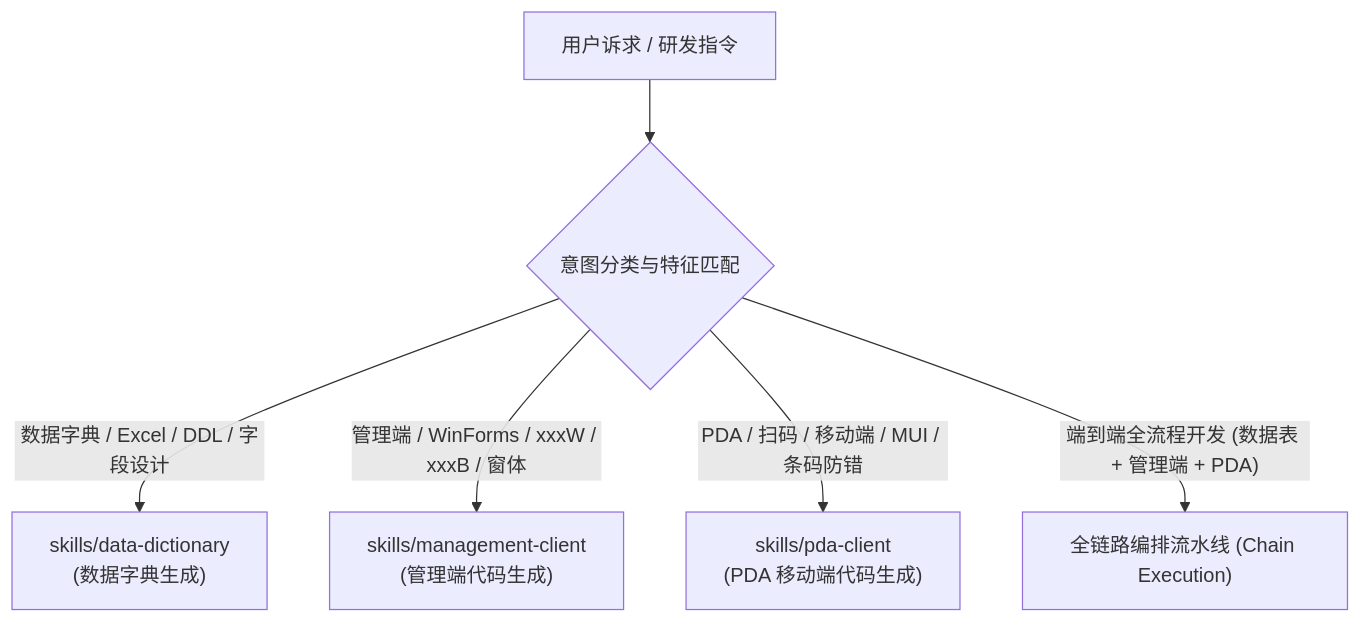
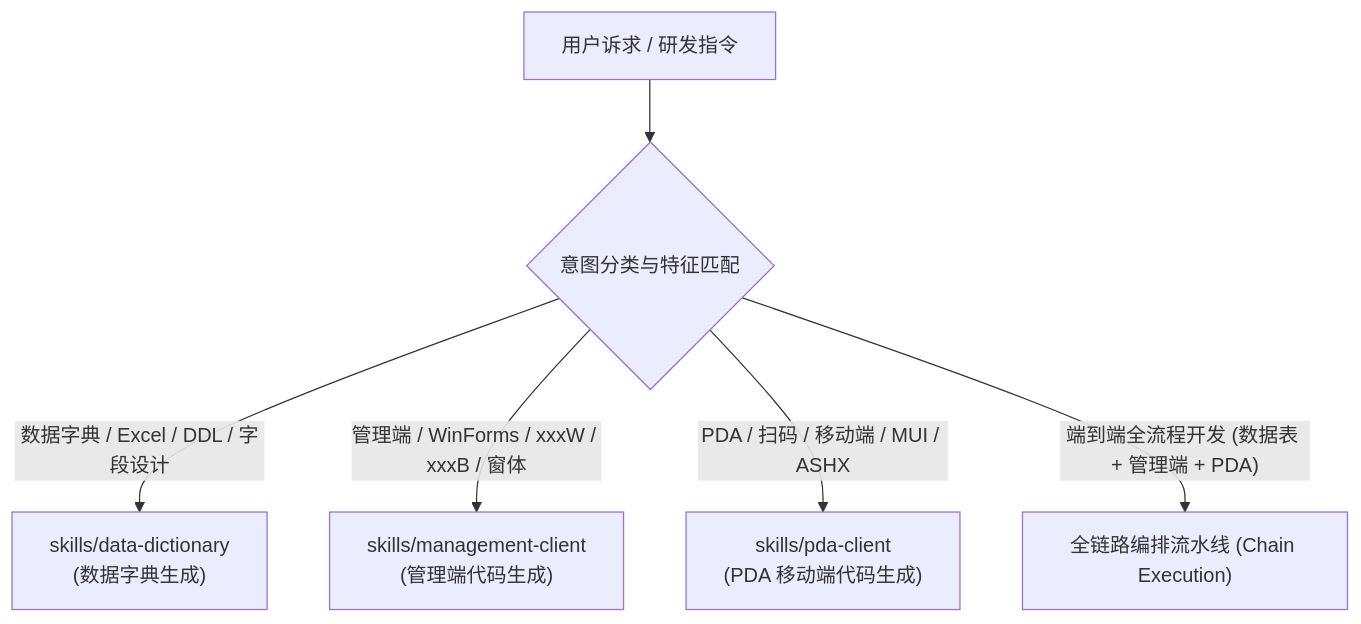
Before and after one commit to icecream7777/messkill: the first of 2 diagrams in SKILL.md, drawn with Mermaid. The commit also changed other lines of this file and 10 other files, not shown here.

Commit message:
refactor: ground management-client and pda-client strictly on real codebase examples

````diff
--- a/SKILL.md
+++ b/SKILL.md
@@ -20,8 +20,8 @@
 ```mermaid
 flowchart TD
     UserReq["用户诉求 / 研发指令"] --> IntentCheck{"意图分类与特征匹配"}
     IntentCheck -->|"数据字典 / Excel / DDL / 字段设计"| SDD["skills/data-dictionary<br/>(数据字典生成)"]
     IntentCheck -->|"管理端 / WinForms / xxxW / xxxB / 窗体"| SMC["skills/management-client<br/>(管理端代码生成)"]
-    IntentCheck -->|"PDA / 扫码 / 移动端 / MUI / 条码防错"| SPDA["skills/pda-client<br/>(PDA 移动端代码生成)"]
+    IntentCheck -->|"PDA / 扫码 / 移动端 / MUI / ASHX"| SPDA["skills/pda-client<br/>(PDA 移动端代码生成)"]
     IntentCheck -->|"端到端全流程开发 (数据表 + 管理端 + PDA)"| SE2E["全链路编排流水线 (Chain Execution)"]
 ```
````
